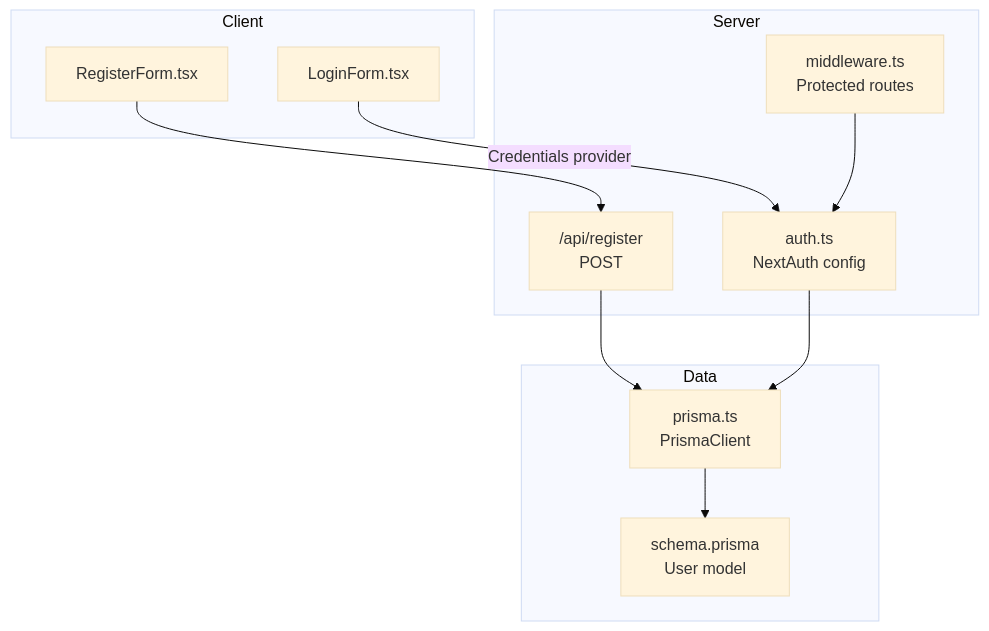
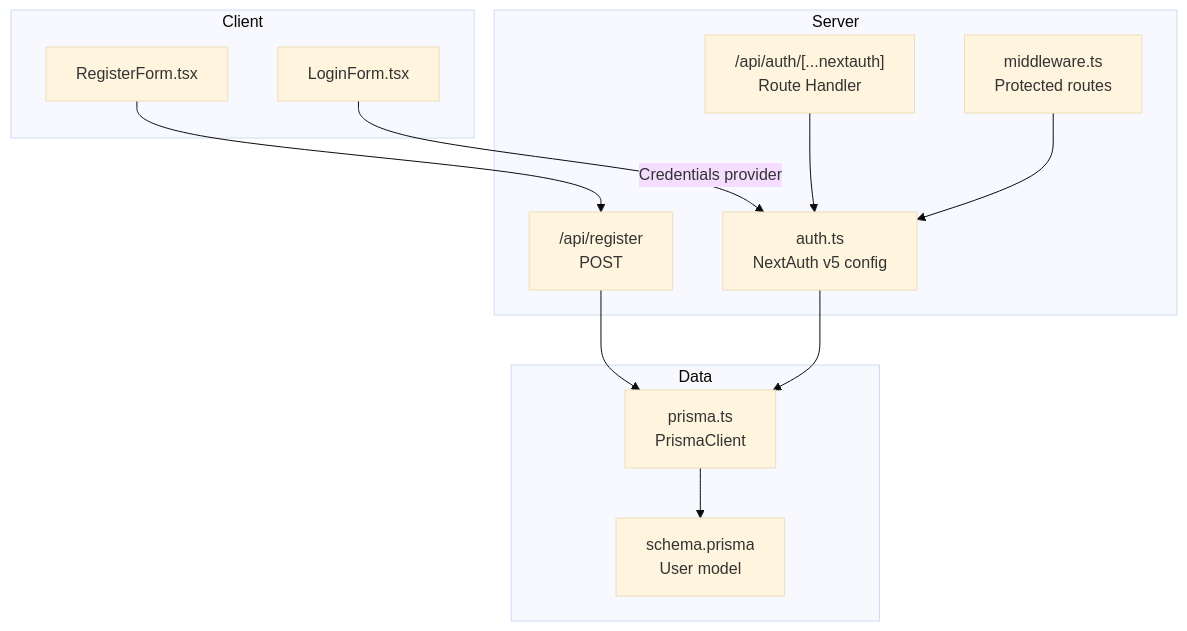
Before and after one commit to Crowdspender/titchybooks-app: the first of 4 diagrams in .qoder/repowiki/en/content/Authentication & Authorization/NextAuth Configuration & Setup.md, drawn with Mermaid (base theme). The commit also changed other lines of this file and 74 other files, not shown here.

````diff
--- a/.qoder/repowiki/en/content/Authentication & Authorization/NextAuth Configuration & Setup.md
+++ b/.qoder/repowiki/en/content/Authentication & Authorization/NextAuth Configuration & Setup.md
@@ -39,22 +49,24 @@
 ```mermaid
 graph TB
 subgraph "Client"
 UI_Login["LoginForm.tsx"]
 UI_Register["RegisterForm.tsx"]
 end
 subgraph "Server"
-NA_Config["auth.ts<br/>NextAuth config"]
+NA_Config["auth.ts<br/>NextAuth v5 config"]
 MW["middleware.ts<br/>Protected routes"]
+API_Auth["/api/auth/[...nextauth]<br/>Route Handler"]
 API_Reg["/api/register<br/>POST"]
 end
 subgraph "Data"
 PRISMA_LIB["prisma.ts<br/>PrismaClient"]
 SCHEMA["schema.prisma<br/>User model"]
 end
 UI_Login --> |"Credentials provider"| NA_Config
 UI_Register --> API_Reg
+API_Auth --> NA_Config
 API_Reg --> PRISMA_LIB
 PRISMA_LIB --> SCHEMA
 NA_Config --> PRISMA_LIB
 MW --> NA_Config
 ```
````
